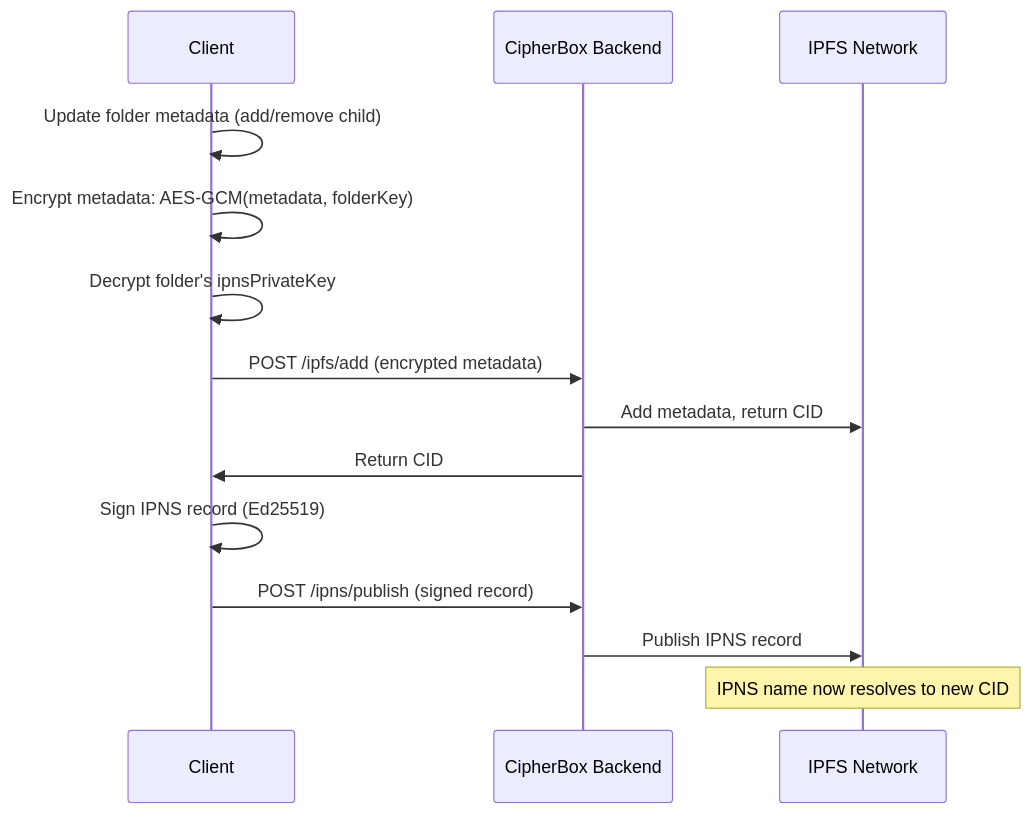
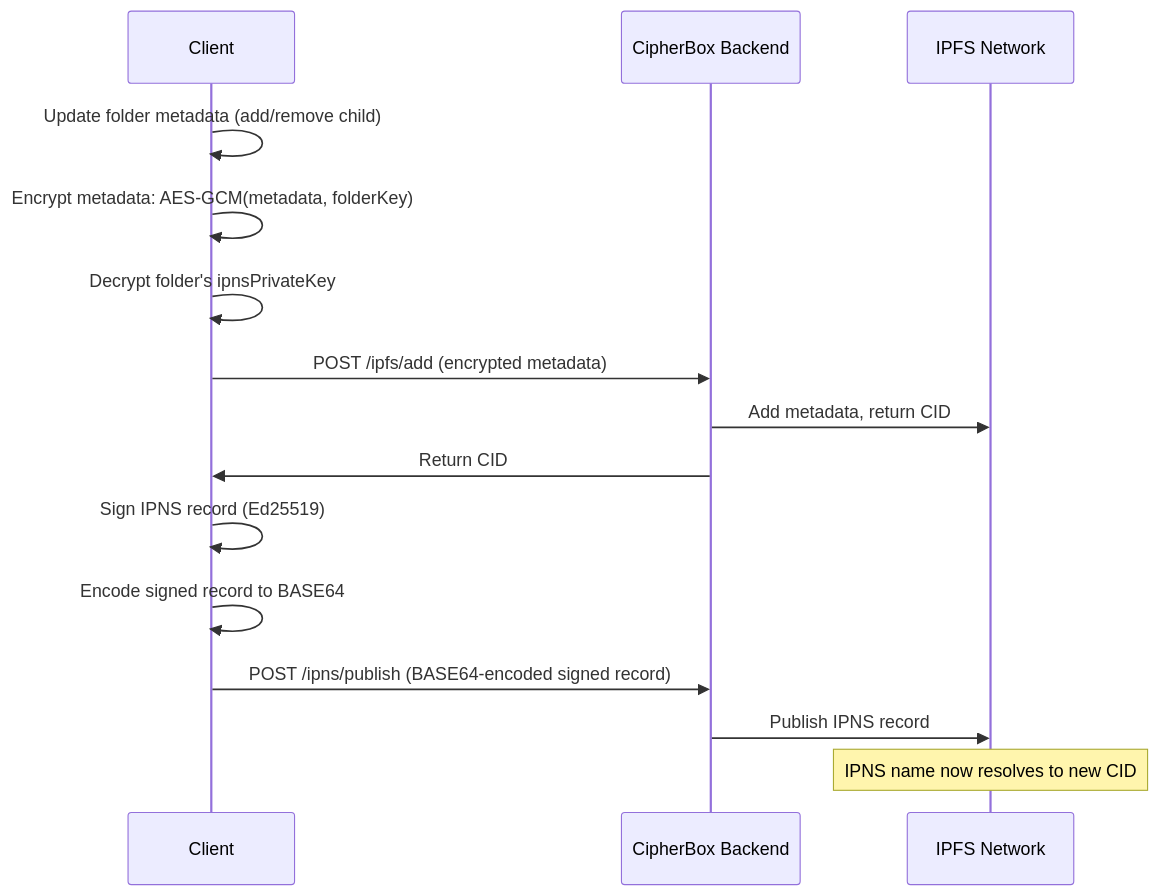
Before and after one commit to FSM1/cipher-box: the second of 3 diagrams in Documentation/TECHNICAL_ARCHITECTURE.md, drawn with Mermaid. The commit also changed other lines of this file and 5 other files, not shown here.

````diff
--- a/Documentation/TECHNICAL_ARCHITECTURE.md
+++ b/Documentation/TECHNICAL_ARCHITECTURE.md
@@ -417,17 +417,18 @@
 ```mermaid
 sequenceDiagram
     participant C as Client
   participant B as CipherBox Backend
   participant IPFS as IPFS Network
     
     C->>C: Update folder metadata (add/remove child)
     C->>C: Encrypt metadata: AES-GCM(metadata, folderKey)
     C->>C: Decrypt folder's ipnsPrivateKey
   C->>B: POST /ipfs/add (encrypted metadata)
   B->>IPFS: Add metadata, return CID
   B->>C: Return CID
   C->>C: Sign IPNS record (Ed25519)
-  C->>B: POST /ipns/publish (signed record)
+  C->>C: Encode signed record to BASE64
+  C->>B: POST /ipns/publish (BASE64-encoded signed record)
   B->>IPFS: Publish IPNS record
     Note over IPFS: IPNS name now resolves to new CID
 ```
````
